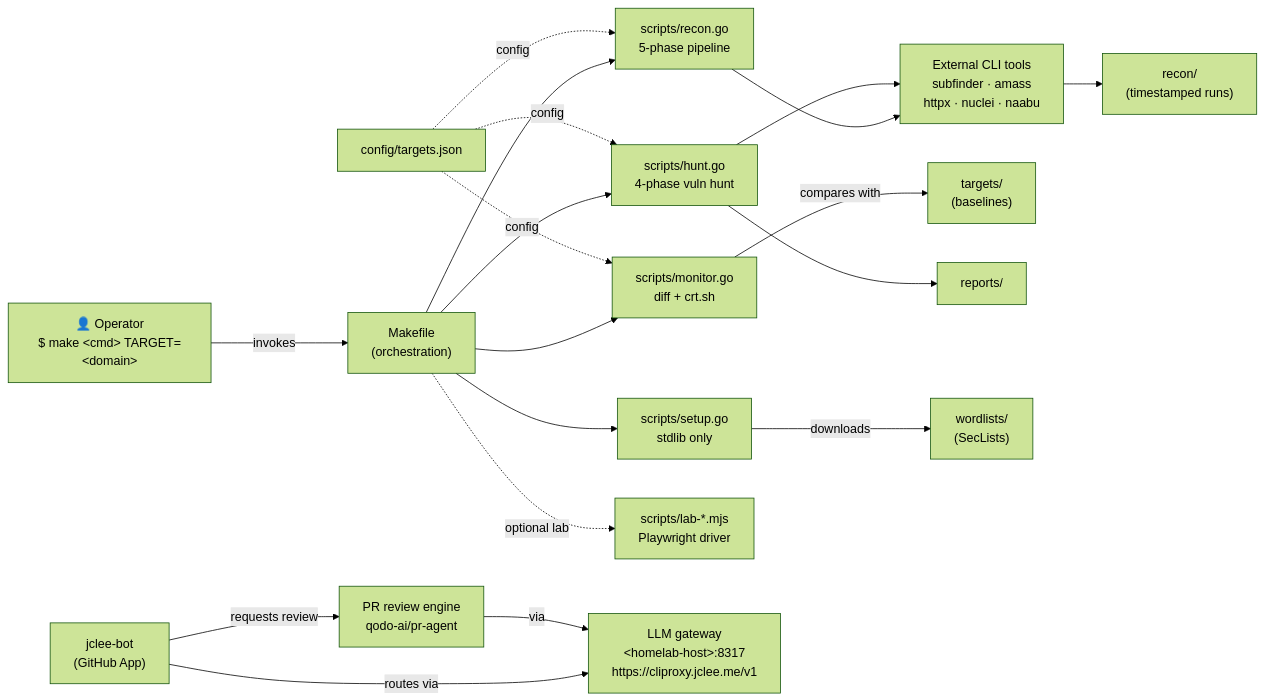
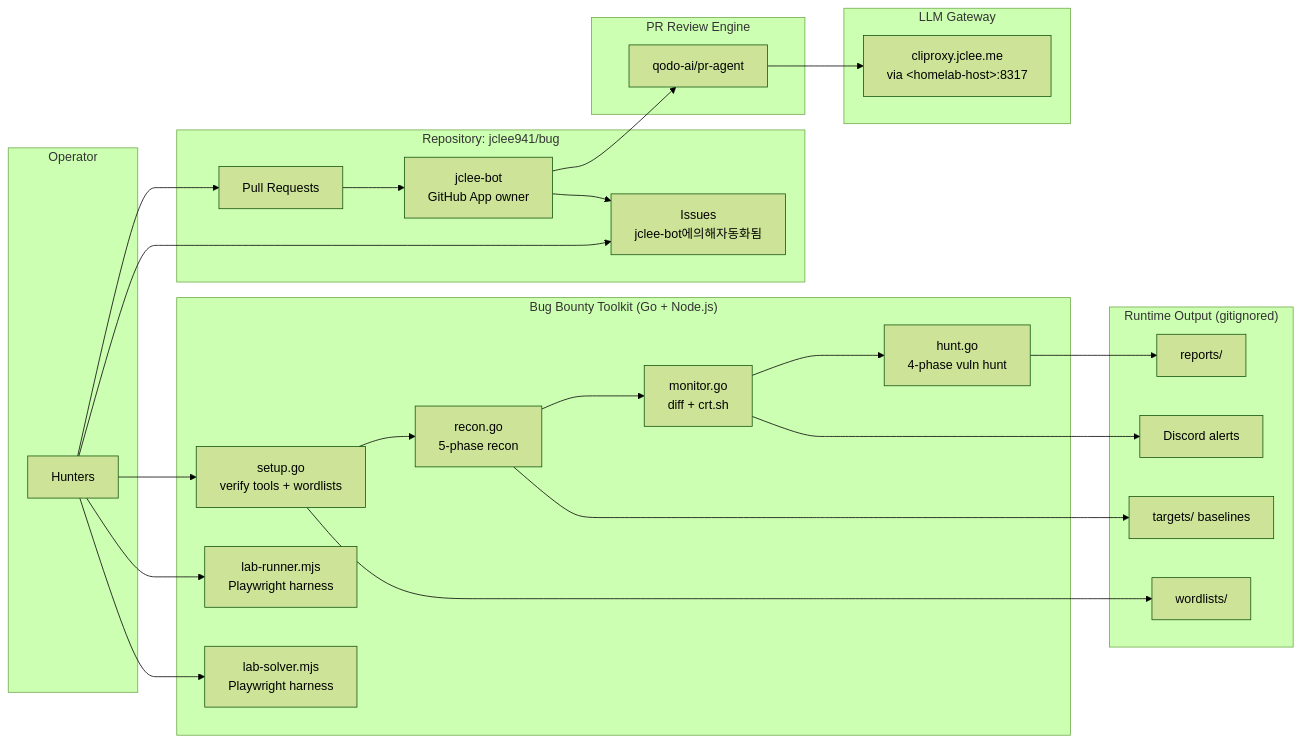
Before and after one commit to jclee941/bug: the diagram in README.md, drawn with Mermaid (forest theme). The commit also changed other lines of this file, not shown here.

````diff
--- a/README.md
+++ b/README.md
@@ -81,45 +73,53 @@
 ```mermaid
 flowchart LR
-    Operator["👤 Operator<br/>$ make &lt;cmd&gt; TARGET=&lt;domain&gt;"]
-    Makefile["Makefile<br/>(orchestration)"]
+    subgraph Operator["Operator"]
+        U[Hunters]
+    end
 
-    Setup["scripts/setup.go<br/>stdlib only"]
-    Recon["scripts/recon.go<br/>5-phase pipeline"]
-    Monitor["scripts/monitor.go<br/>diff + crt.sh"]
-    Hunt["scripts/hunt.go<br/>4-phase vuln hunt"]
-    Lab["scripts/lab-*.mjs<br/>Playwright driver"]
+    subgraph Toolkit["Bug Bounty Toolkit (Go + Node.js)"]
+        S["setup.go<br/>verify tools + wordlists"]
+        R["recon.go<br/>5-phase recon"]
+        M["monitor.go<br/>diff + crt.sh"]
+        H["hunt.go<br/>4-phase vuln hunt"]
+        LR["lab-runner.mjs<br/>Playwright harness"]
+        LS["lab-solver.mjs<br/>Playwright harness"]
+    end
 
-    CLI["External CLI tools<br/>subfinder · amass<br/>httpx · nuclei · naabu"]
-    Conf["config/targets.json"]
+    subgraph Artifacts["Runtime Output (gitignored)"]
+        Reports["reports/"]
+        Alerts["Discord alerts"]
+        Baselines["targets/ baselines"]
+        Wordlists["wordlists/"]
+    end
 
-    OutRecon["recon/<br/>(timestamped runs)"]
-    OutTargets["targets/<br/>(baselines)"]
-    OutReports["reports/"]
-    OutWL["wordlists/<br/>(SecLists)"]
+    subgraph Repo["Repository: jclee941/bug"]
+        Issues["Issues<br/>jclee-bot에의해자동화됨"]
+        PRs["Pull Requests"]
+        Bot["jclee-bot<br/>GitHub App owner"]
+    end
 
-    Bot["jclee-bot<br/>(GitHub App)"]
-    LLM["LLM gateway<br/>&lt;homelab-host&gt;:8317<br/>https://cliproxy.jclee.me/v1"]
-    Review["PR review engine<br/>qodo-ai/pr-agent"]
+    subgraph Review["PR Review Engine"]
+        QA["qodo-ai/pr-agent"]
+    end
 
-    Operator -->|invokes| Makefile
-    Makefile --> Setup
-    Makefile --> Recon
-    Makefile --> Monitor
-    Makefile --> Hunt
-    Makefile -.optional lab.-> Lab
+    subgraph Gateway["LLM Gateway"]
+        CP["cliproxy.jclee.me<br/>via &lt;homelab-host&gt;:8317"]
+    end
 
-    Setup -->|downloads| OutWL
-    Recon --> CLI
-    Monitor -->|compares with| OutTargets
-    Hunt --> CLI
-    CLI --> OutRecon
-    Hunt --> OutReports
-
-    Conf -.config.-> Recon
-    Conf -.config.-> Monitor
-    Conf -.config.-> Hunt
-
-    Bot -->|routes via| LLM
-    Bot -->|requests review| Review
-    Review -->|via| LLM
+    U --> S
+    S --> Wordlists
+    S --> R
+    R --> Baselines
+    R --> M
+    M --> Alerts
+    M --> H
+    H --> Reports
+    U --> LR
+    U --> LS
+    U --> Issues
+    U --> PRs
+    PRs --> Bot
+    Bot --> QA
+    QA --> CP
+    Bot --> Issues
 ```
````
